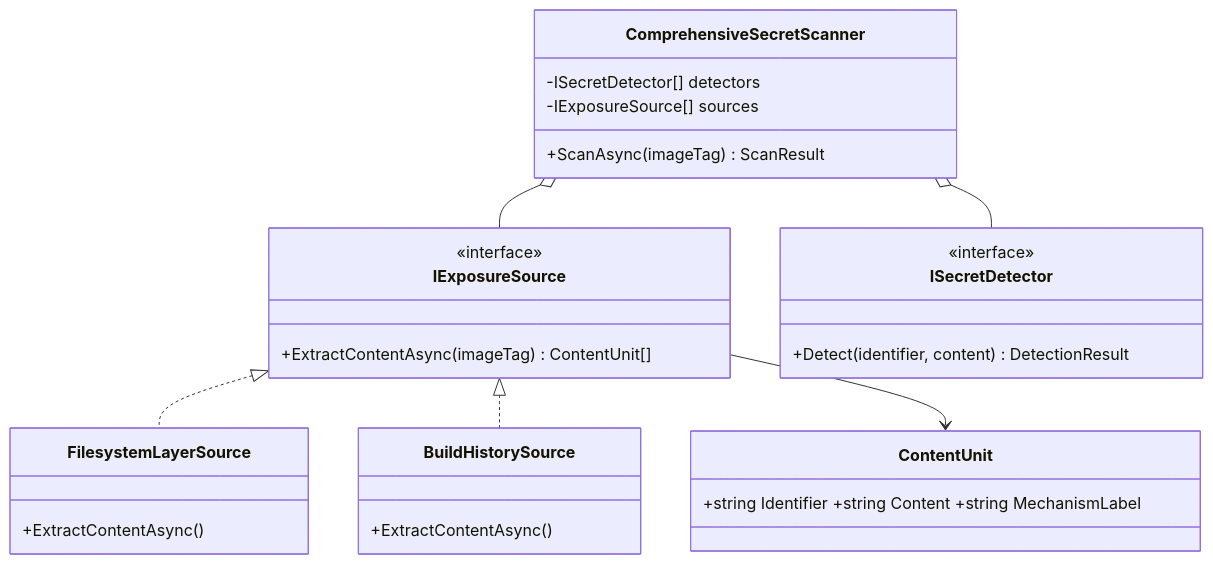
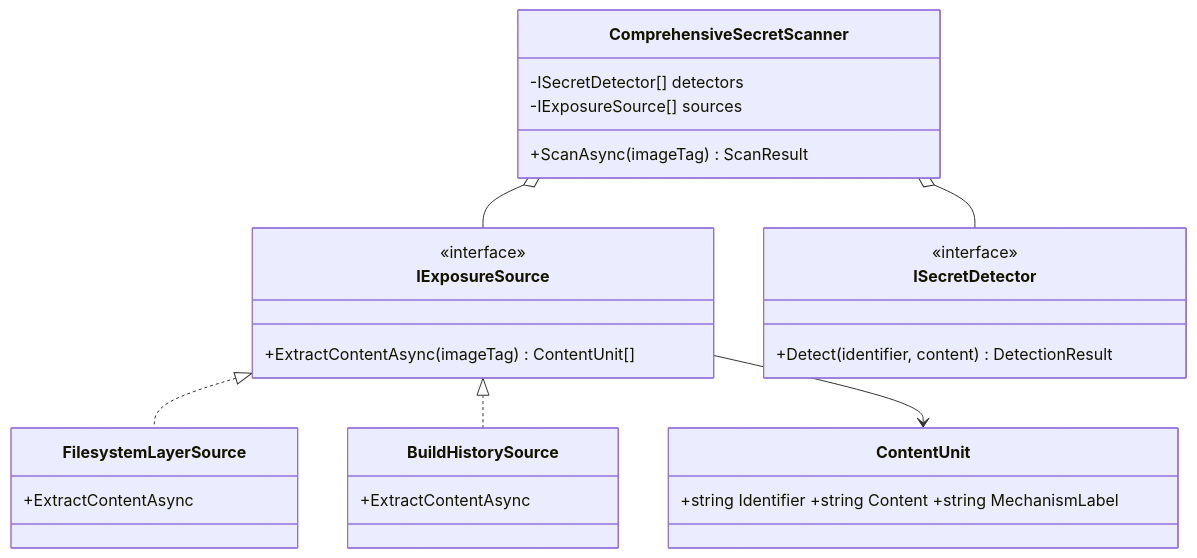
The third of 4 diagrams in 24-Docker/02-Dockerfile-Optimization-MultiStageBuilds.md (umashankarp/InterviewQuestions), drawn with Mermaid before and after one commit. The commit also changed other lines of this file and 173 other files, not shown here.

````diff
--- a/24-Docker/02-Dockerfile-Optimization-MultiStageBuilds.md
+++ b/24-Docker/02-Dockerfile-Optimization-MultiStageBuilds.md
@@ -455,25 +455,25 @@
 ```mermaid
 classDiagram
-    class ComprehensiveSecretScanner {
-        -ISecretDetector[] detectors
-        -IExposureSource[] sources
-        +ScanAsync(imageTag) ScanResult
-    }
-    class IExposureSource {
-        <<interface>>
-        +ExtractContentAsync(imageTag) ContentUnit[]
-    }
-    class FilesystemLayerSource { +ExtractContentAsync() }
-    class BuildHistorySource { +ExtractContentAsync() }
-    class ISecretDetector {
-        <<interface>>
-        +Detect(identifier, content) DetectionResult
-    }
-    class ContentUnit { +string Identifier +string Content +string MechanismLabel }
+ class ComprehensiveSecretScanner {
+ -ISecretDetector[] detectors
+ -IExposureSource[] sources
+ +ScanAsync(imageTag) ScanResult
+ }
+ class IExposureSource {
+ <<interface>>
+ +ExtractContentAsync(imageTag) ContentUnit[]
+ }
+ class FilesystemLayerSource { +ExtractContentAsync }
+ class BuildHistorySource { +ExtractContentAsync }
+ class ISecretDetector {
+ <<interface>>
+ +Detect(identifier, content) DetectionResult
+ }
+ class ContentUnit { +string Identifier +string Content +string MechanismLabel }
 
-    ComprehensiveSecretScanner o-- IExposureSource
-    ComprehensiveSecretScanner o-- ISecretDetector
-    IExposureSource <|.. FilesystemLayerSource
-    IExposureSource <|.. BuildHistorySource
-    IExposureSource --> ContentUnit
+ ComprehensiveSecretScanner o-- IExposureSource
+ ComprehensiveSecretScanner o-- ISecretDetector
+ IExposureSource <|.. FilesystemLayerSource
+ IExposureSource <|.. BuildHistorySource
+ IExposureSource --> ContentUnit
 ```
````
